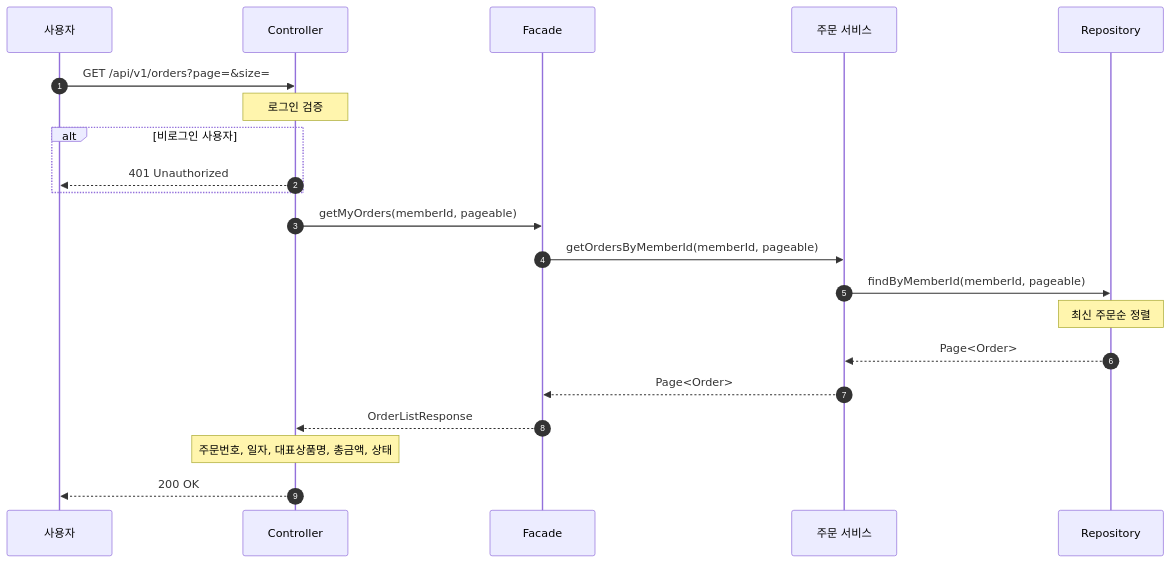
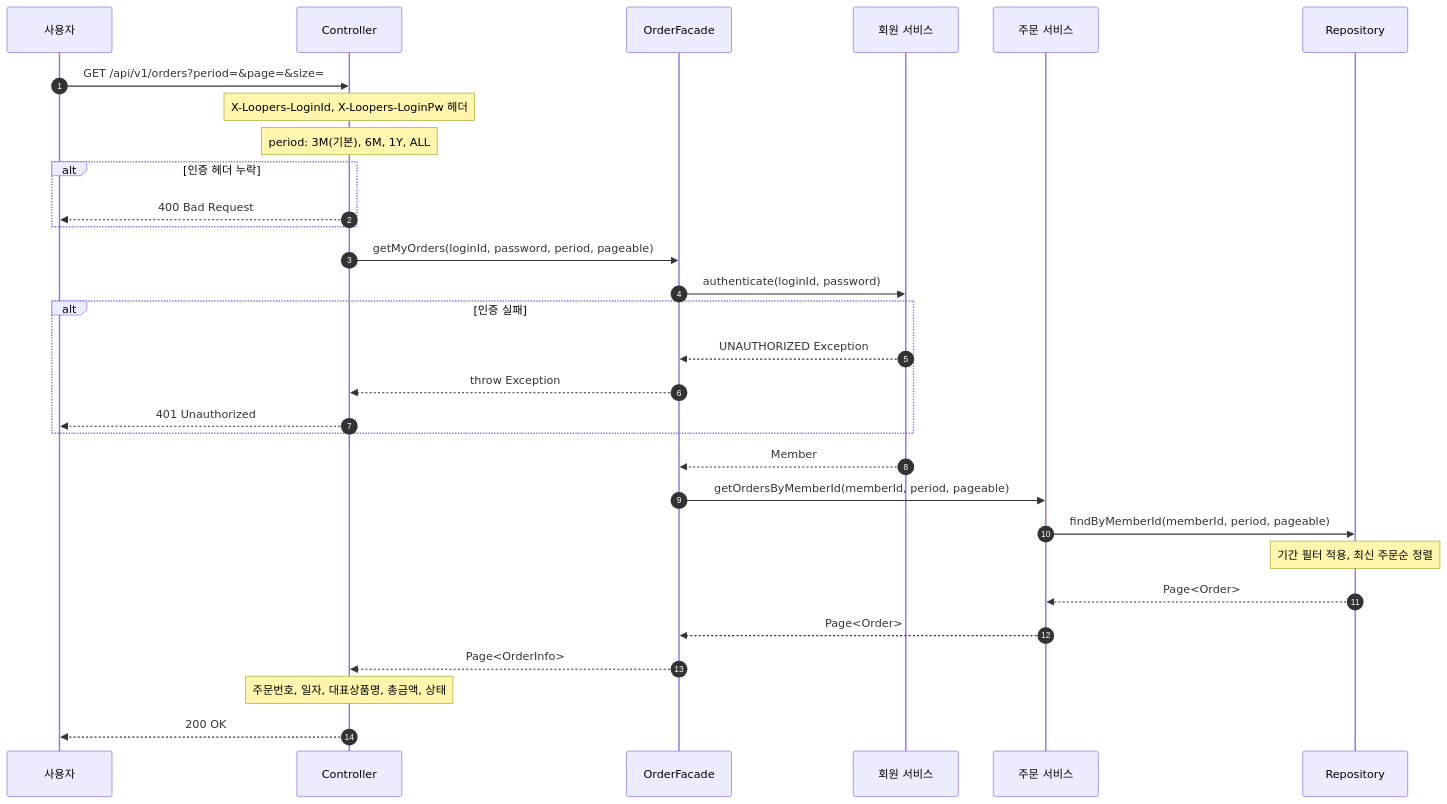
One commit to letter333/loop-pack-be-l2-vol3-java changed diagram 16 of 18 in docs/design/02-sequence-diagram.md. Above: the diagram before and after it, drawn with Mermaid. The commit also changed other lines of this file and 4 other files, not shown here.

````diff
--- a/docs/design/02-sequence-diagram.md
+++ b/docs/design/02-sequence-diagram.md
@@ -647,26 +735,38 @@
 ```mermaid
 sequenceDiagram
     autonumber
     participant Client as 사용자
     participant Controller
-    participant Facade
+    participant Facade as OrderFacade
+    participant MemberService as 회원 서비스
     participant OrderService as 주문 서비스
     participant Repository
 
-    Client->>Controller: GET /api/v1/orders?page=&size=
-    Note over Controller: 로그인 검증
+    Client->>Controller: GET /api/v1/orders?period=&page=&size=
+    Note over Controller: X-Loopers-LoginId, X-Loopers-LoginPw 헤더
+    Note over Controller: period: 3M(기본), 6M, 1Y, ALL
 
-    alt 비로그인 사용자
+    alt 인증 헤더 누락
+        Controller-->>Client: 400 Bad Request
+    end
+
+    Controller->>Facade: getMyOrders(loginId, password, period, pageable)
+    Facade->>MemberService: authenticate(loginId, password)
+
+    alt 인증 실패
+        MemberService-->>Facade: UNAUTHORIZED Exception
+        Facade-->>Controller: throw Exception
         Controller-->>Client: 401 Unauthorized
     end
 
-    Controller->>Facade: getMyOrders(memberId, pageable)
-    Facade->>OrderService: getOrdersByMemberId(memberId, pageable)
-    OrderService->>Repository: findByMemberId(memberId, pageable)
-    Note over Repository: 최신 주문순 정렬
+    MemberService-->>Facade: Member
+
+    Facade->>OrderService: getOrdersByMemberId(memberId, period, pageable)
+    OrderService->>Repository: findByMemberId(memberId, period, pageable)
+    Note over Repository: 기간 필터 적용, 최신 주문순 정렬
     Repository-->>OrderService: Page<Order>
     OrderService-->>Facade: Page<Order>
-    Facade-->>Controller: OrderListResponse
+    Facade-->>Controller: Page<OrderInfo>
     Note over Controller: 주문번호, 일자, 대표상품명, 총금액, 상태
     Controller-->>Client: 200 OK
 ```
````
